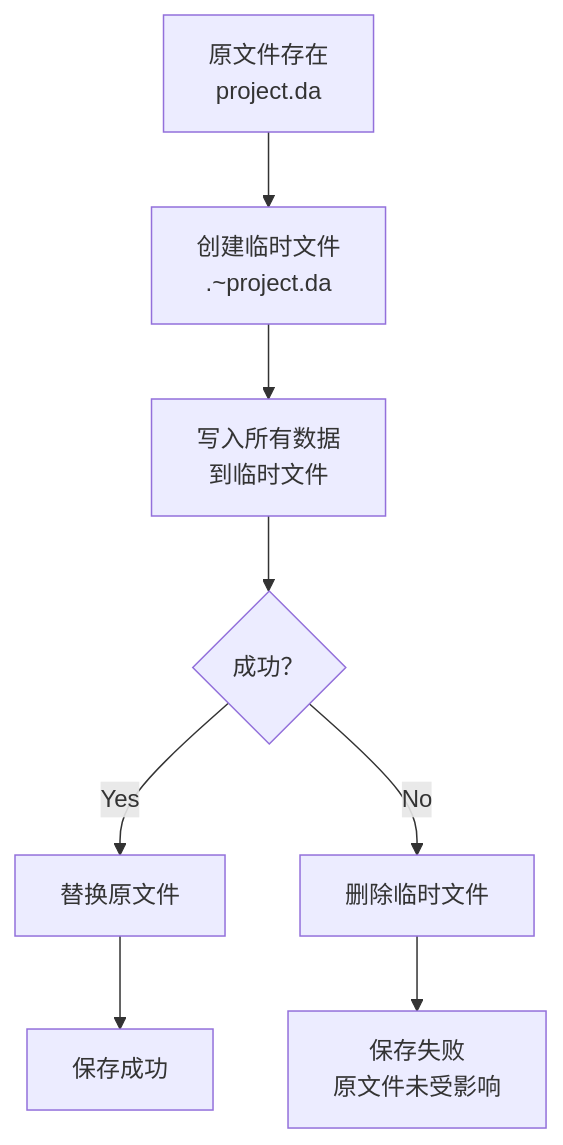
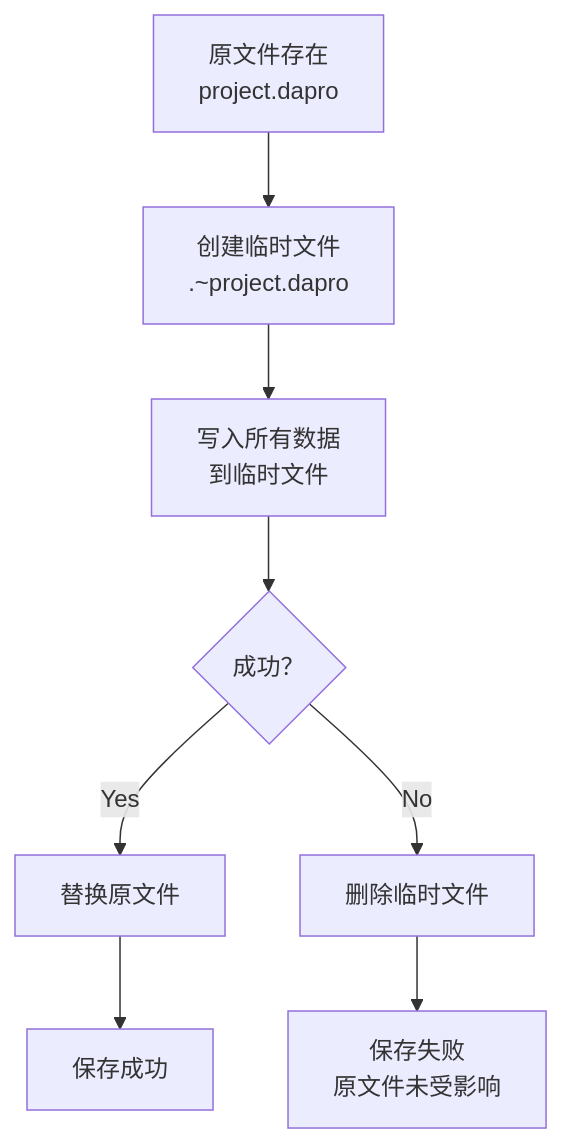
The third of 7 diagrams in docs/zh/dev-guide/architecture/project-serialization-architecture.md (czyt1988/data-workbench), drawn with Mermaid before and after one commit. The commit also changed other lines of this file and 55 other files, not shown here.

````diff
--- a/docs/zh/dev-guide/architecture/project-serialization-architecture.md
+++ b/docs/zh/dev-guide/architecture/project-serialization-architecture.md
@@ -546,10 +546,10 @@
 ```mermaid
 flowchart TD
-    A["原文件存在<br/>project.da"] --> B["创建临时文件<br/>.~project.da"]
+    A["原文件存在<br/>project.dapro"] --> B["创建临时文件<br/>.~project.dapro"]
     B --> C["写入所有数据<br/>到临时文件"]
     C --> D{成功？}
     D -->|Yes| E["替换原文件"]
     D -->|No| F["删除临时文件"]
     E --> G["保存成功"]
     F --> H["保存失败<br/>原文件未受影响"]
 ```
````
